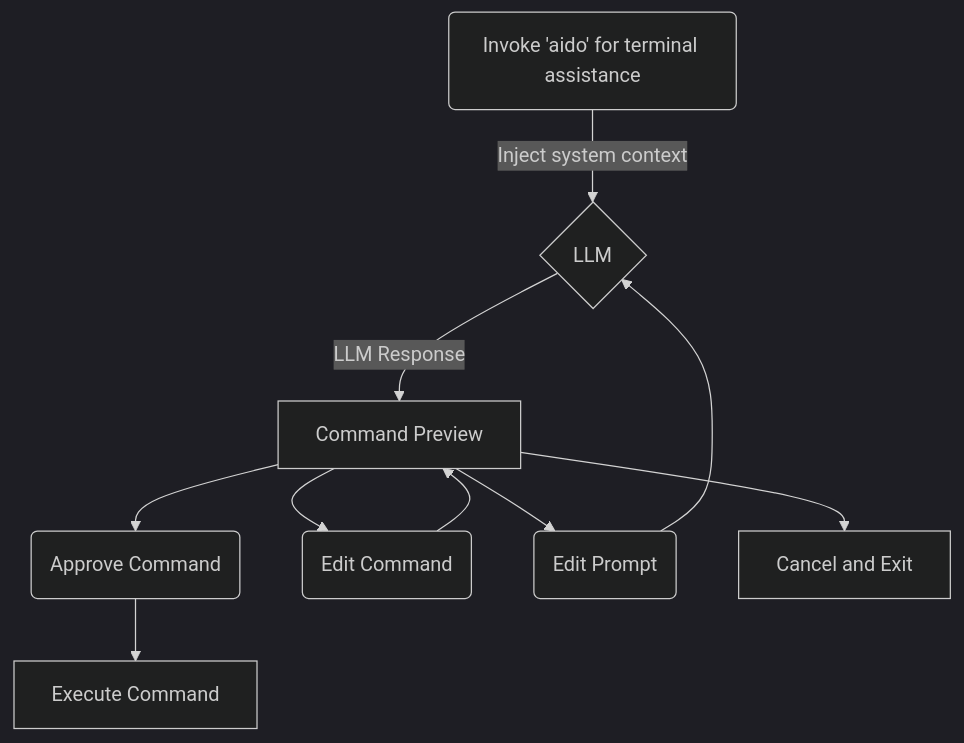
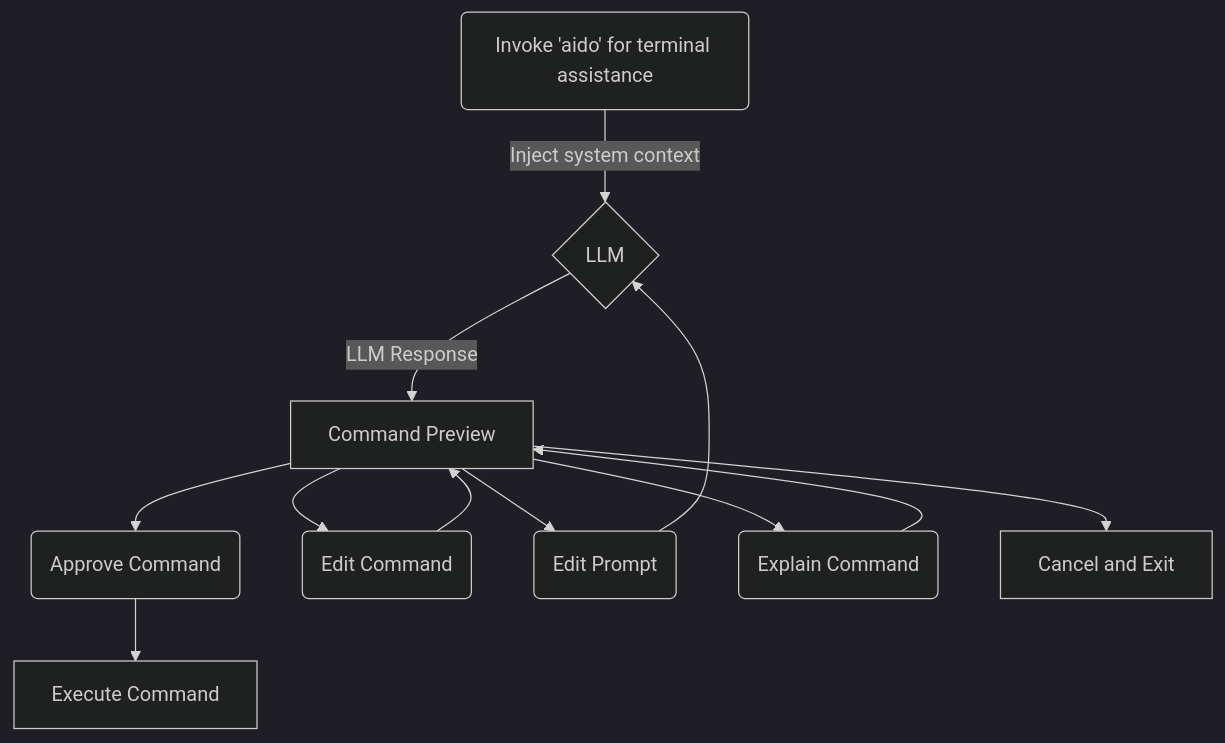
The diagram in README.md (s-m2/aido), drawn with Mermaid (dark theme) before and after one commit. The commit also changed other lines of this file and 6 other files, not shown here.

````diff
--- a/README.md
+++ b/README.md
@@ -16,9 +16,10 @@
 ```mermaid
 flowchart TD
     A(Invoke 'aido' for terminal assistance) -->|Inject system context| B{LLM}
     B -->|LLM Response| C[Command Preview]
     C --> D(Approve Command) --> E[Execute Command]
     C --> F(Edit Command) --> C
     C --> G(Edit Prompt) --> B
+    C --> X(Explain Command) --> C
     C --> H[Cancel and Exit]
 ```
````
